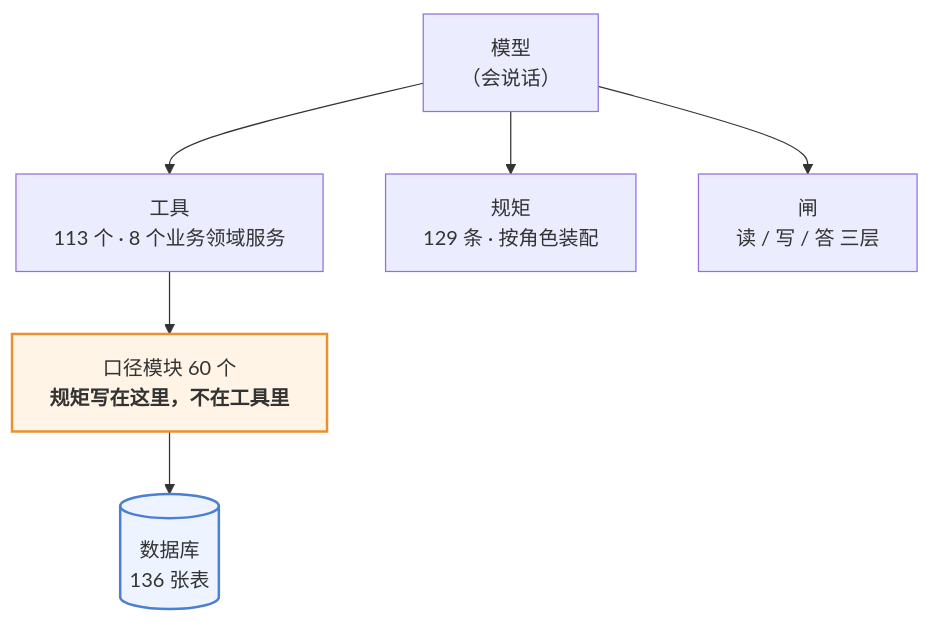
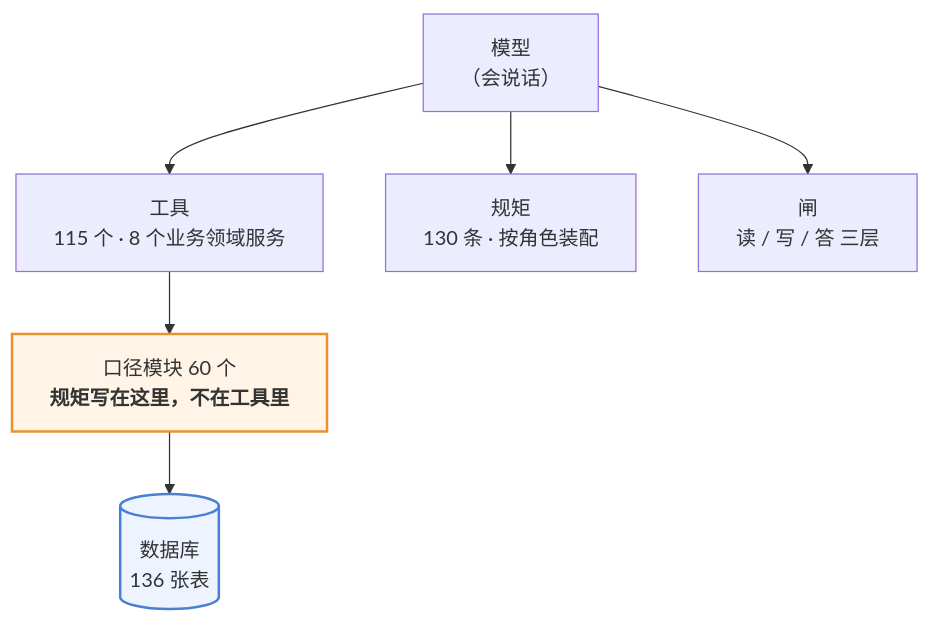
The first of 3 diagrams in 澜绣云裳agent-产品说明.md (843773296-rgb/lanxiu-yunshang-agent), drawn with Mermaid before and after one commit. The commit also changed other lines of this file and 21 other files, not shown here.

````diff
--- a/澜绣云裳agent-产品说明.md
+++ b/澜绣云裳agent-产品说明.md
@@ -62,12 +62,12 @@
 ```mermaid
 flowchart TD
     M["模型<br/>（会说话）"]
-    M --> T["工具<br/>113 个 · 8 个业务领域服务"]
-    M --> R["规矩<br/>129 条 · 按角色装配"]
+    M --> T["工具<br/>115 个 · 8 个业务领域服务"]
+    M --> R["规矩<br/>130 条 · 按角色装配"]
     M --> G["闸<br/>读 / 写 / 答 三层"]
     T --> K["口径模块 60 个<br/><b>规矩写在这里，不在工具里</b>"]
     K --> DB[("数据库<br/>136 张表")]
 
     style K fill:#fff4e6,stroke:#e8912d,stroke-width:2px
     style DB fill:#eef4ff,stroke:#4a7fd4,stroke-width:2px
 ```
````
